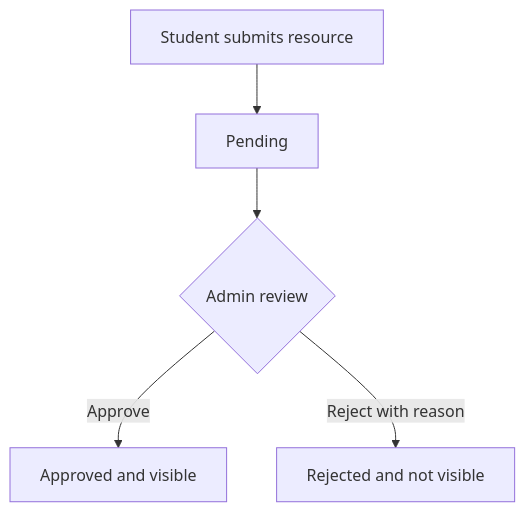
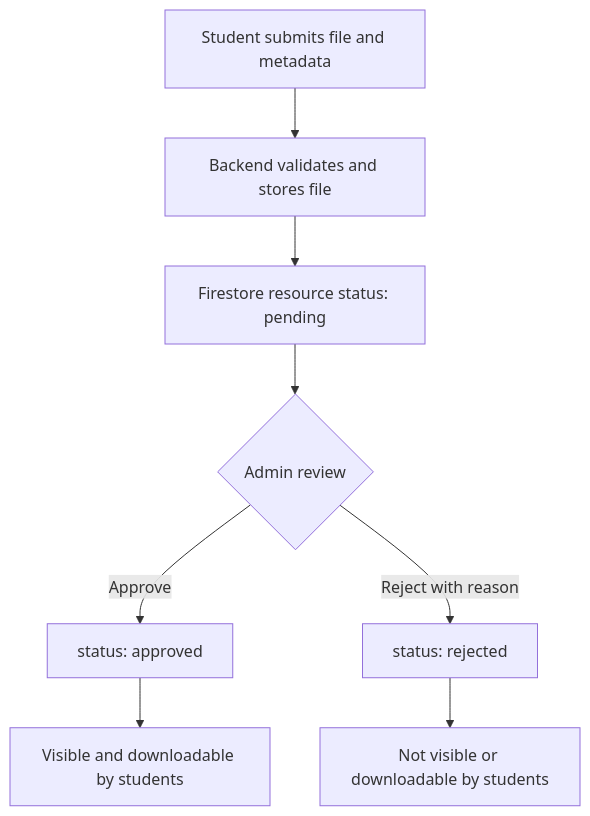
The second of 2 diagrams in docs/ER-diagram.md (ShashwatSingh-2807/NoteNest), drawn with Mermaid before and after one commit. The commit also changed other lines of this file, not shown here.

Commit message:
docs: redraw data model for Firestore collections

````diff
--- a/docs/ER-diagram.md
+++ b/docs/ER-diagram.md
@@ -97,7 +52,10 @@
 ```mermaid
 flowchart TD
-    A[Student submits resource] --> B[Pending]
-    B --> C{Admin review}
-    C -->|Approve| D[Approved and visible]
-    C -->|Reject with reason| E[Rejected and not visible]
+    A[Student submits file and metadata] --> B[Backend validates and stores file]
+    B --> C[Firestore resource status: pending]
+    C --> D{Admin review}
+    D -->|Approve| E[status: approved]
+    D -->|Reject with reason| F[status: rejected]
+    E --> G[Visible and downloadable by students]
+    F --> H[Not visible or downloadable by students]
 ```
````
